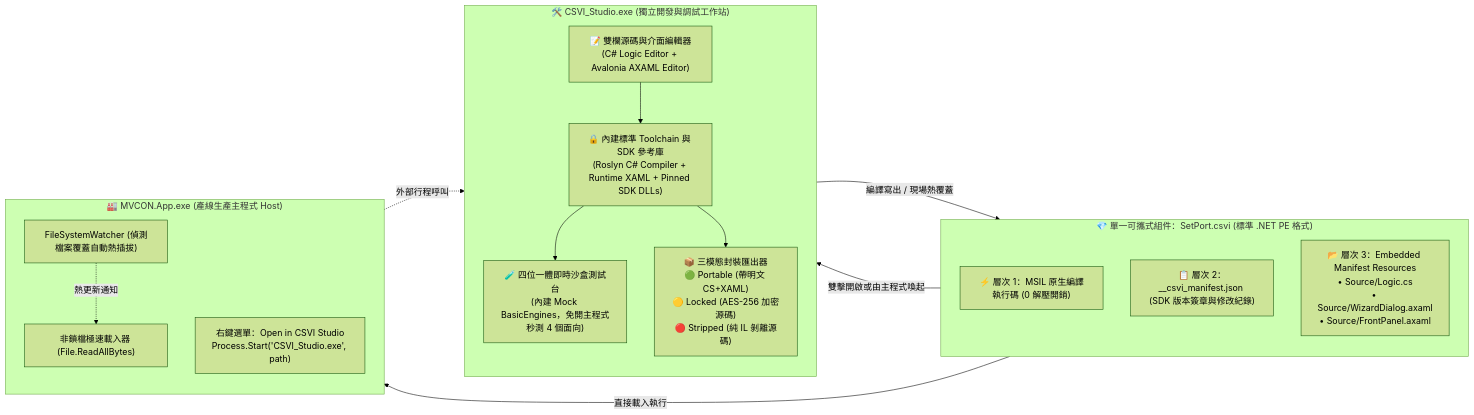
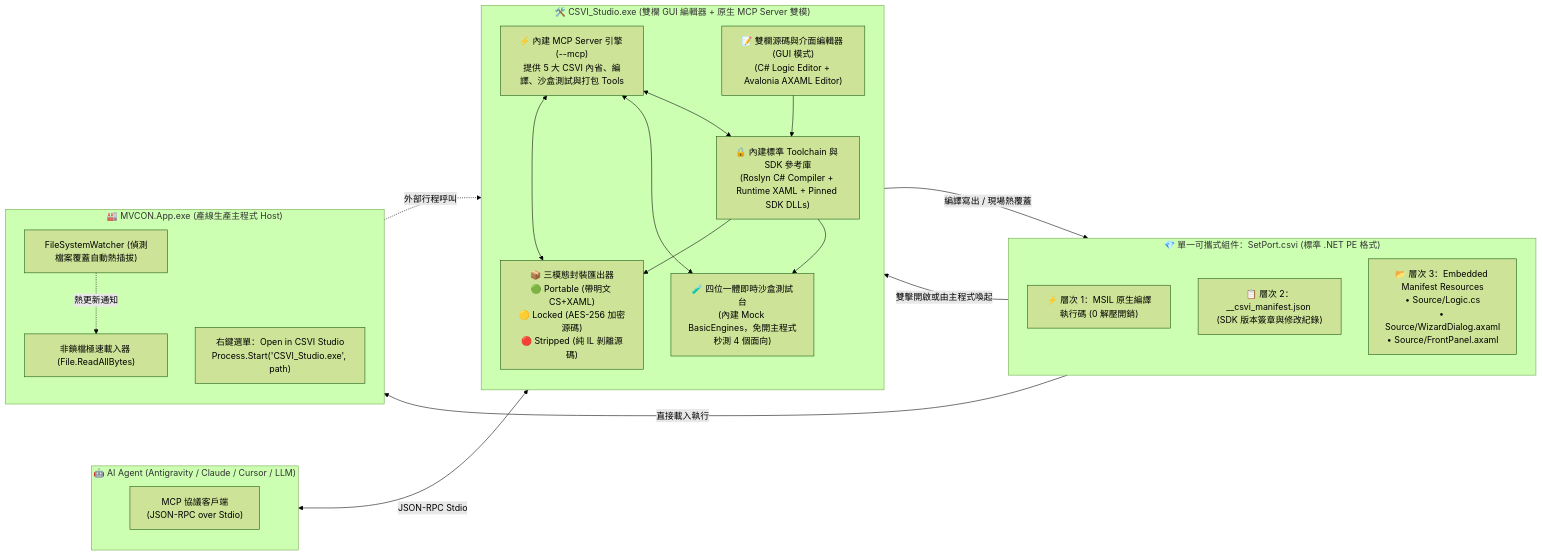
Before and after one commit to arco651749/ARCOSharp: the diagram in docs/CSVI_STUDIO_AND_PORTABLE_SPEC.md, drawn with Mermaid (forest theme). The commit also changed other lines of this file, not shown here.

Commit message:
docs(csvi-studio): add native MCP server specification for AI agent interoperability

````diff
--- a/docs/CSVI_STUDIO_AND_PORTABLE_SPEC.md
+++ b/docs/CSVI_STUDIO_AND_PORTABLE_SPEC.md
@@ -35,33 +69,87 @@
 ```mermaid
+
 flowchart LR
-    subgraph Studio ["🛠️ CSVI_Studio.exe (獨立開發與調試工作站)"]
+
+    subgraph AI ["🤖 AI Agent (Antigravity / Claude / Cursor / LLM)"]
+
         direction TB
+
+        AgentMCP["MCP 協議客戶端\n(JSON-RPC over Stdio)"]
+
+    end
+
+
+
+    subgraph Studio ["🛠️ CSVI_Studio.exe (雙欄 GUI 編輯器 + 原生 MCP Server 雙模)"]
+
+        direction TB
+
+        MCPEngine["⚡ 內建 MCP Server 引擎 (--mcp)\n提供 5 大 CSVI 內省、編譯、沙盒測試與打包 Tools"]
+
         Toolchain["🔒 內建標準 Toolchain 與 SDK 參考庫\n(Roslyn C# Compiler + Runtime XAML + Pinned SDK DLLs)"]
-        Editor["📝 雙欄源碼與介面編輯器\n(C# Logic Editor + Avalonia AXAML Editor)"]
+
+        Editor["📝 雙欄源碼與介面編輯器 (GUI 模式)\n(C# Logic Editor + Avalonia AXAML Editor)"]
+
         Sandbox["🧪 四位一體即時沙盒測試台\n(內建 Mock BasicEngines，免開主程式秒測 4 個面向)"]
+
         Packer["📦 三模態封裝匯出器\n🟢 Portable (帶明文 CS+XAML)\n🟡 Locked (AES-256 加密源碼)\n🔴 Stripped (純 IL 剝離源碼)"]
 
+
+
+        AgentMCP <-->|"JSON-RPC Stdio"| MCPEngine
+
+        MCPEngine <--> Toolchain
+
+        MCPEngine <--> Sandbox
+
+        MCPEngine <--> Packer
+
+
+
         Editor --> Toolchain
+
         Toolchain --> Sandbox
+
         Toolchain --> Packer
+
     end
 
+
+
     subgraph Artifact ["💎 單一可攜式組件：SetPort.csvi (標準 .NET PE 格式)"]
+
         PE_IL["⚡ 層次 1：MSIL 原生編譯執行碼 (0 解壓開銷)"]
+
         PE_Meta["📋 層次 2：__csvi_manifest.json (SDK 版本簽章與修改紀錄)"]
+
         PE_Src["📂 層次 3：Embedded Manifest Resources\n• Source/Logic.cs\n• Source/WizardDialog.axaml\n• Source/FrontPanel.axaml"]
+
     end
 
+
+
     subgraph Host ["🏭 MVCON.App.exe (產線生產主程式 Host)"]
+
         direction TB
+
         Loader["非鎖檔極速載入器 (File.ReadAllBytes)"]
+
         Watcher["FileSystemWatcher (偵測檔案覆蓋自動熱插拔)"]
+
         Launcher["右鍵選單：Open in CSVI Studio\nProcess.Start('CSVI_Studio.exe', path)"]
+
     end
 
+
+
     Packer -->|"編譯寫出 / 現場熱覆蓋"| Artifact
+
     Artifact -->|"雙擊開啟或由主程式喚起"| Studio
+
     Artifact -->|"直接載入執行"| Loader
+
     Watcher -.->|"熱更新通知"| Loader
+
     Launcher -.->|"外部行程呼叫"| Studio
+
 ```
````
